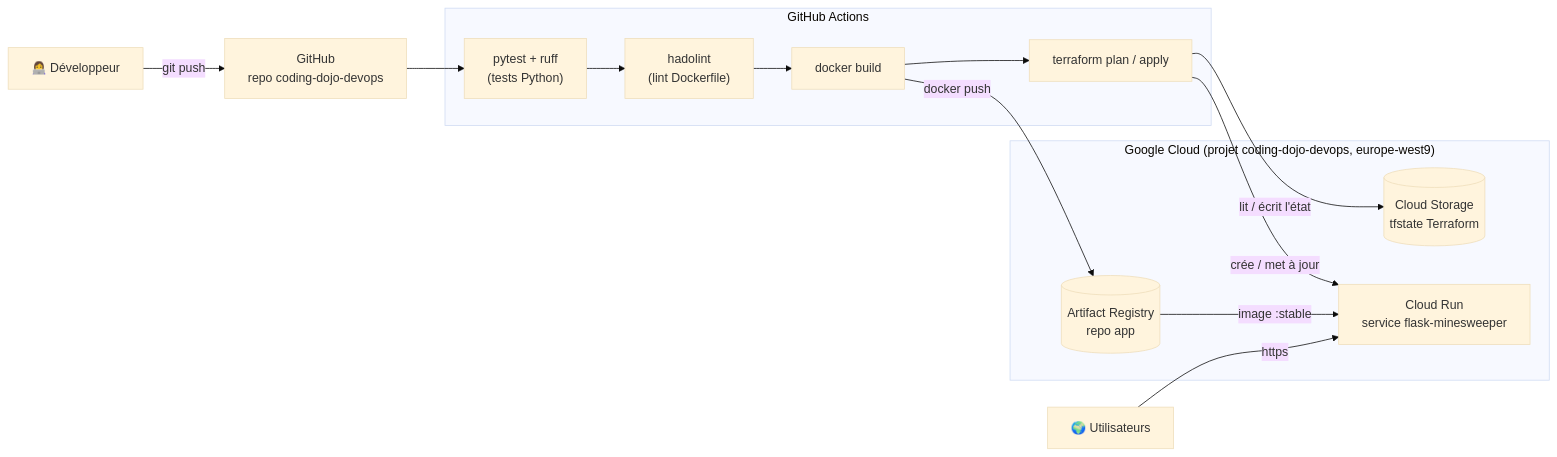
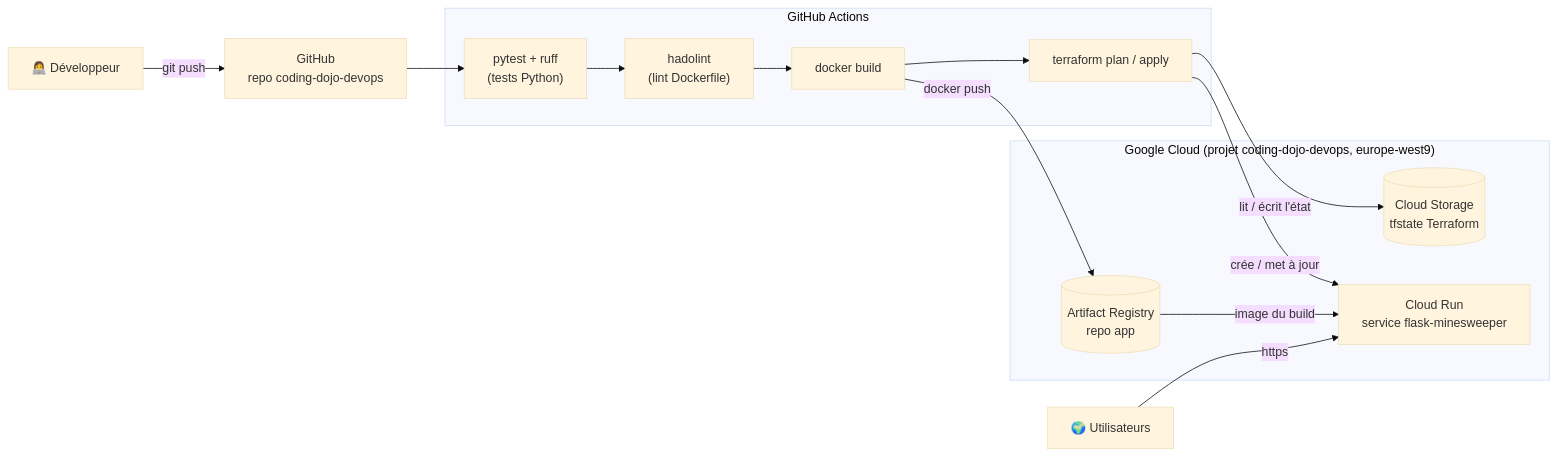
One commit to antoninBr/coding-dojo-devops changed the first of 2 diagrams in README.md. Above: the diagram before and after it, drawn with Mermaid (base theme). The commit also changed other lines of this file and 4 other files, not shown here.

````diff
--- a/README.md
+++ b/README.md
@@ -26,24 +26,24 @@
 ```mermaid
 flowchart LR
     dev["👩‍💻 Développeur"] -- git push --> gh["GitHub<br/>repo coding-dojo-devops"]
 
     subgraph ci["GitHub Actions"]
         test["pytest + ruff<br/>(tests Python)"] --> lint["hadolint<br/>(lint Dockerfile)"]
         lint --> build["docker build"]
         build --> tf["terraform plan / apply"]
     end
 
     gh --> test
 
     subgraph gcp["Google Cloud (projet coding-dojo-devops, europe-west9)"]
         ar[("Artifact Registry<br/>repo app")]
         state[("Cloud Storage<br/>tfstate Terraform")]
         run["Cloud Run<br/>service flask-minesweeper"]
     end
 
     build -- docker push --> ar
     tf -- lit / écrit l'état --> state
     tf -- crée / met à jour --> run
-    ar -- image :stable --> run
+    ar -- image du build --> run
     user["🌍 Utilisateurs"] -- https --> run
 ```
````
